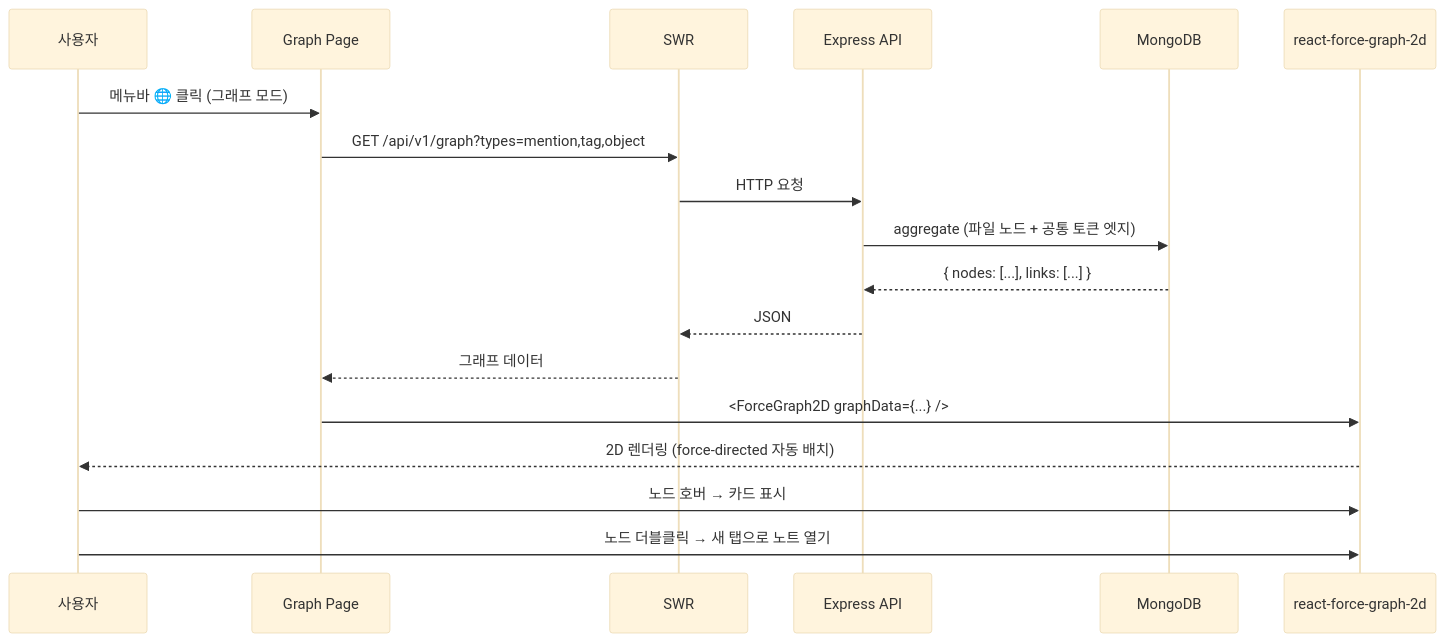
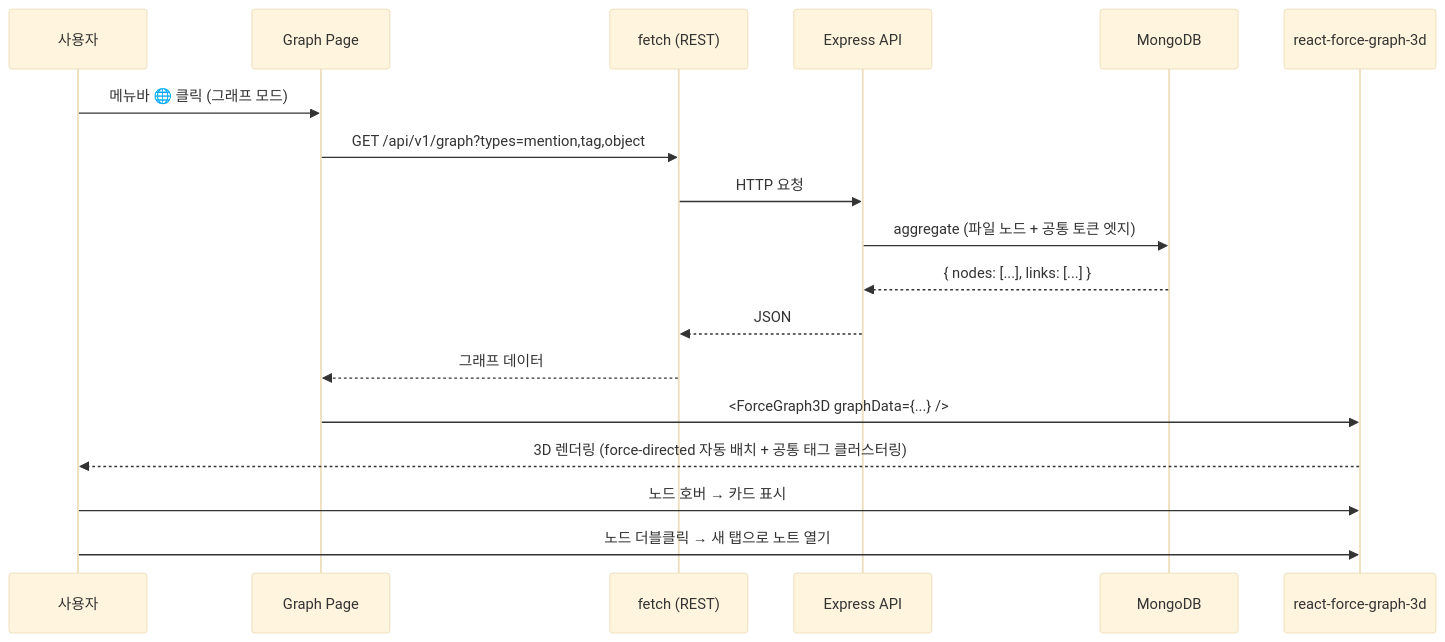
Before and after one commit to GC-Five-Guys/Docs: the third of 4 diagrams in 03_설계/시스템_아키텍처.md, drawn with Mermaid (base theme). The commit also changed other lines of this file and 10 other files, not shown here.

````diff
--- a/03_설계/시스템_아키텍처.md
+++ b/03_설계/시스템_아키텍처.md
@@ -332,21 +514,21 @@
 ```mermaid
 sequenceDiagram
     participant U as 사용자
     participant G as Graph Page
-    participant A as SWR
+    participant A as fetch (REST)
     participant API as Express API
     participant DB as MongoDB
-    participant FG as react-force-graph-2d
+    participant FG as react-force-graph-3d
 
     U->>G: 메뉴바 🌐 클릭 (그래프 모드)
     G->>A: GET /api/v1/graph?types=mention,tag,object
     A->>API: HTTP 요청
     API->>DB: aggregate (파일 노드 + 공통 토큰 엣지)
     DB-->>API: { nodes: [...], links: [...] }
     API-->>A: JSON
     A-->>G: 그래프 데이터
-    G->>FG: <ForceGraph2D graphData={...} />
-    FG-->>U: 2D 렌더링 (force-directed 자동 배치)
+    G->>FG: <ForceGraph3D graphData={...} />
+    FG-->>U: 3D 렌더링 (force-directed 자동 배치 + 공통 태그 클러스터링)
     U->>FG: 노드 호버 → 카드 표시
     U->>FG: 노드 더블클릭 → 새 탭으로 노트 열기
 ```
````
